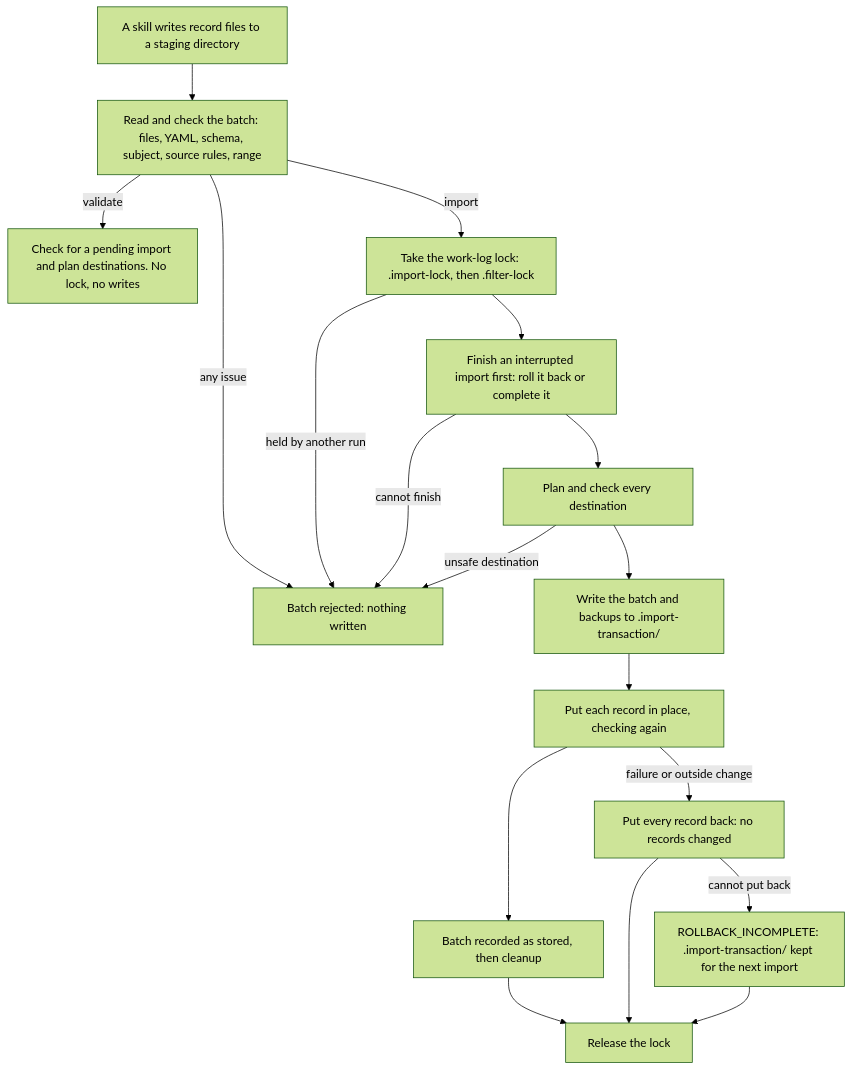
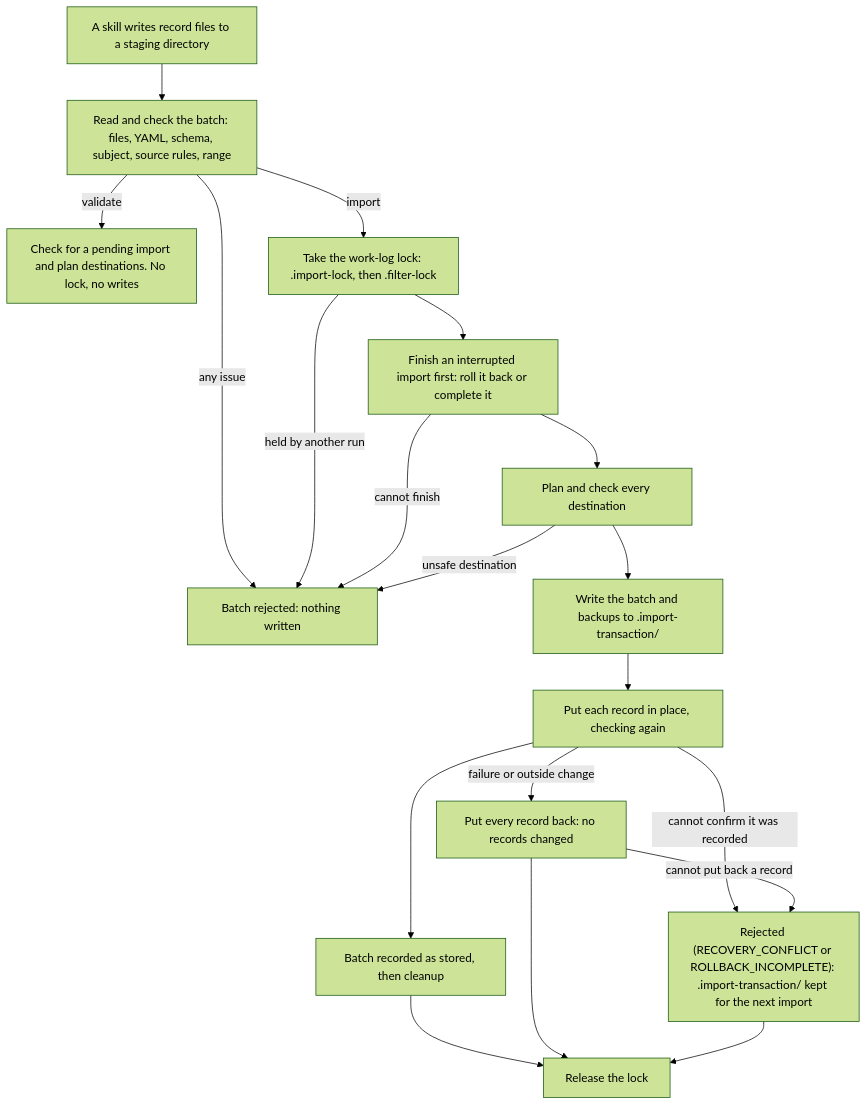
One commit to tkstang/work-chronicler changed the diagram in documentation/docs/tools/import.md. Above: the diagram before and after it, drawn with Mermaid (forest theme). The commit also changed 2 other files, not shown here.

Commit message:
docs: correct the Slack, manager-layout and import diagrams
Oat-Operation: 914dea4322df5a3988b80766b38eb8ae6b0cd369782466d269410f637e1f3a43

````diff
--- a/documentation/docs/tools/import.md
+++ b/documentation/docs/tools/import.md
@@ -77,22 +77,23 @@
 ```mermaid
 flowchart TD
   accTitle: The staged import pipeline
-  accDescr: A skill stages record files. validate and import both read and check the whole batch. validate then plans destinations without a lock or writes. import takes the work-log lock, finishes any interrupted import, stores the batch through .import-transaction and either records it as stored or puts every record back.
+  accDescr: A skill stages record files. validate and import both read and check the whole batch. validate then plans destinations without a lock or writes. import takes the work-log lock, finishes any interrupted import, stores the batch through .import-transaction and either records it as stored or puts every record back. If a record cannot be put back, or storing cannot be confirmed, .import-transaction is kept for the next import to finish.
   S["A skill writes record files to a staging directory"] --> R["Read and check the batch: files, YAML, schema, subject, source rules, range"]
   R -->|"any issue"| X["Batch rejected: nothing written"]
   R -->|"validate"| V["Check for a pending import and plan destinations. No lock, no writes"]
   R -->|"import"| L["Take the work-log lock: .import-lock, then .filter-lock"]
   L -->|"held by another run"| X
   L --> RC["Finish an interrupted import first: roll it back or complete it"]
   RC -->|"cannot finish"| X
   RC --> P["Plan and check every destination"]
   P -->|"unsafe destination"| X
   P --> T["Write the batch and backups to .import-transaction/"]
   T --> C["Put each record in place, checking again"]
   C -->|"failure or outside change"| RB["Put every record back: no records changed"]
   C --> D["Batch recorded as stored, then cleanup"]
-  RB -->|"cannot put back"| K["ROLLBACK_INCOMPLETE: .import-transaction/ kept for the next import"]
+  C -->|"cannot confirm it was recorded"| K
+  RB -->|"cannot put back a record"| K["Rejected (RECOVERY_CONFLICT or ROLLBACK_INCOMPLETE): .import-transaction/ kept for the next import"]
   D --> U["Release the lock"]
   RB --> U
   K --> U
 ```
````
